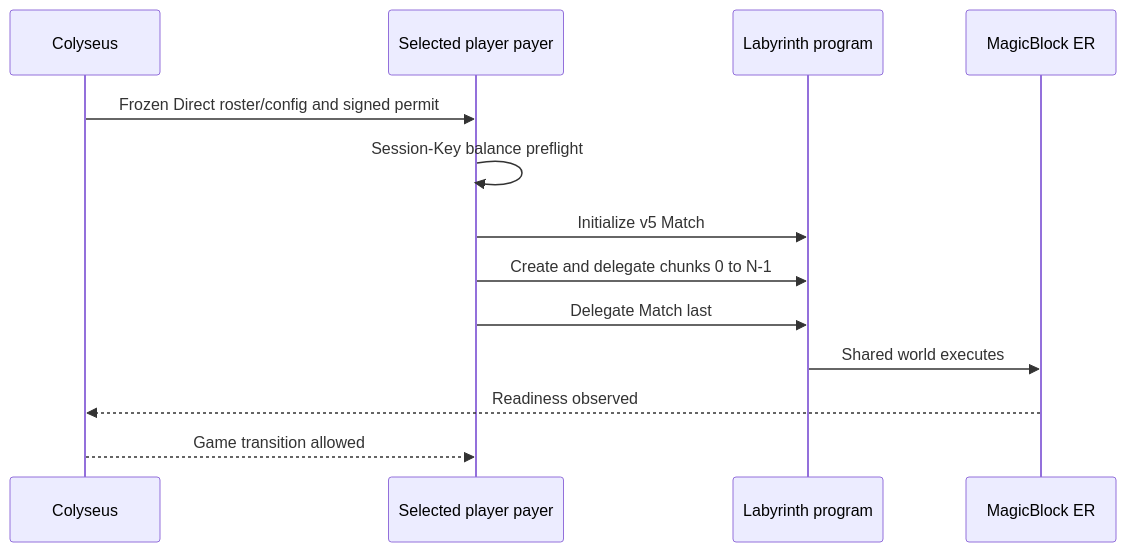
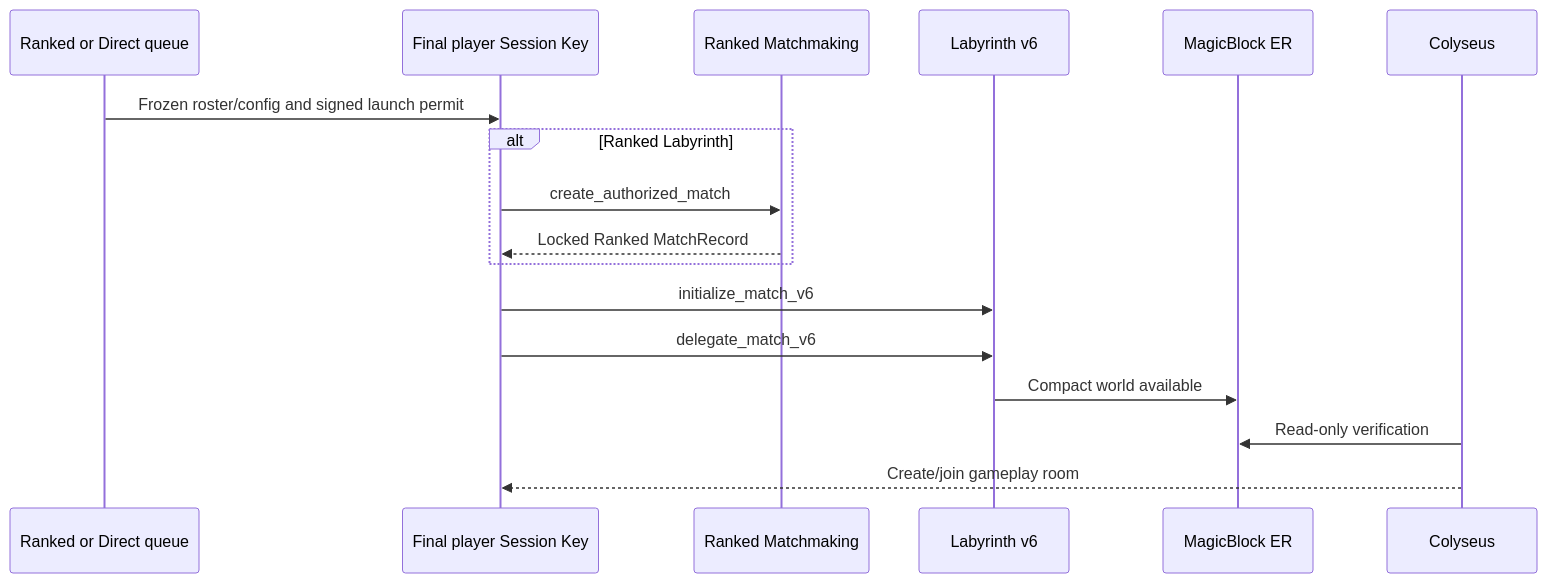
One commit to SOLZ-FUN/labyrinth_magicblock changed the diagram in docs/PLAYER_PAID_ER_BOOTSTRAP.md. Above: the diagram before and after it, drawn with Mermaid. The commit also changed other lines of this file and 6 other files, not shown here.

Commit message:
feat(labyrinth): add compact v6 player flow

````diff
--- a/docs/PLAYER_PAID_ER_BOOTSTRAP.md
+++ b/docs/PLAYER_PAID_ER_BOOTSTRAP.md
@@ -68,15 +44,19 @@
 ```mermaid
 sequenceDiagram
+    participant Q as Ranked or Direct queue
+    participant F as Final player Session Key
+    participant M as Ranked Matchmaking
+    participant L as Labyrinth v6
+    participant ER as MagicBlock ER
     participant C as Colyseus
-    participant F as Selected player payer
-    participant L as Labyrinth program
-    participant ER as MagicBlock ER
-    C->>F: Frozen Direct roster/config and signed permit
-    F->>F: Session-Key balance preflight
-    F->>L: Initialize v5 Match
-    F->>L: Create and delegate chunks 0 to N-1
-    F->>L: Delegate Match last
-    L->>ER: Shared world executes
-    ER-->>C: Readiness observed
-    C-->>F: Game transition allowed
+    Q->>F: Frozen roster/config and signed launch permit
+    alt Ranked Labyrinth
+        F->>M: create_authorized_match
+        M-->>F: Locked Ranked MatchRecord
+    end
+    F->>L: initialize_match_v6
+    F->>L: delegate_match_v6
+    L->>ER: Compact world available
+    C->>ER: Read-only verification
+    C-->>F: Create/join gameplay room
 ```
````
